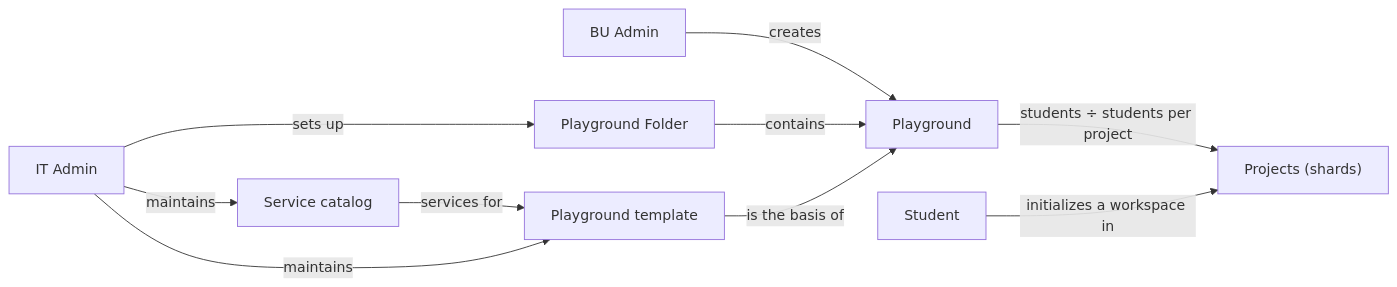
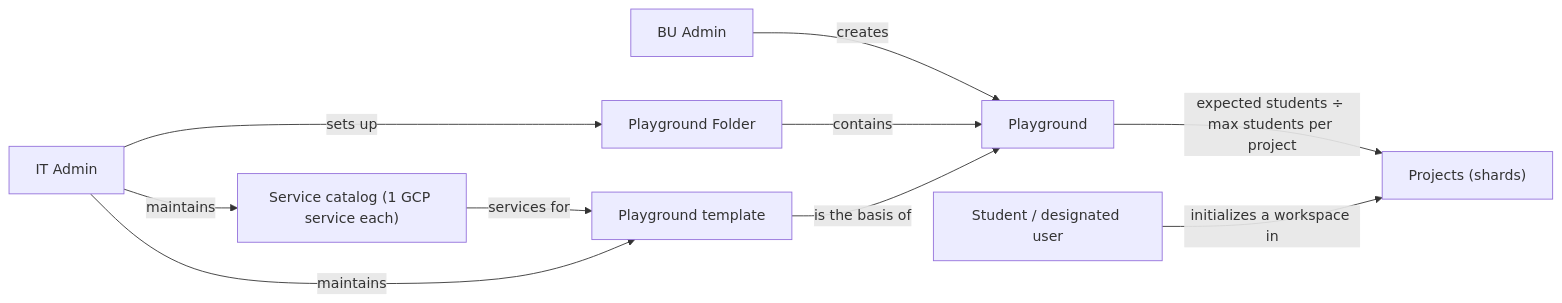
Before and after one commit to shankyram1912/crucible-learning-sandbox: the first of 4 diagrams in specs/01-brs/brs-master.md, drawn with Mermaid. The commit also changed other lines of this file, not shown here.

````diff
--- a/specs/01-brs/brs-master.md
+++ b/specs/01-brs/brs-master.md
@@ -40,12 +39,12 @@
 ```mermaid
 flowchart LR
   ITA["IT Admin"] -->|"sets up"| PF["Playground Folder"]
   BUA["BU Admin"] -->|"creates"| PG["Playground"]
   PF -->|"contains"| PG
-  CAT["Service catalog"] -->|"services for"| TPL["Playground template"]
+  CAT["Service catalog (1 GCP service each)"] -->|"services for"| TPL["Playground template"]
   ITA -->|"maintains"| CAT
   ITA -->|"maintains"| TPL
   TPL -->|"is the basis of"| PG
-  PG -->|"students ÷ students per project"| SH["Projects (shards)"]
-  STU["Student"] -->|"initializes a workspace in"| SH
+  PG -->|"expected students ÷ max students per project"| SH["Projects (shards)"]
+  STU["Student / designated user"] -->|"initializes a workspace in"| SH
 ```
````
